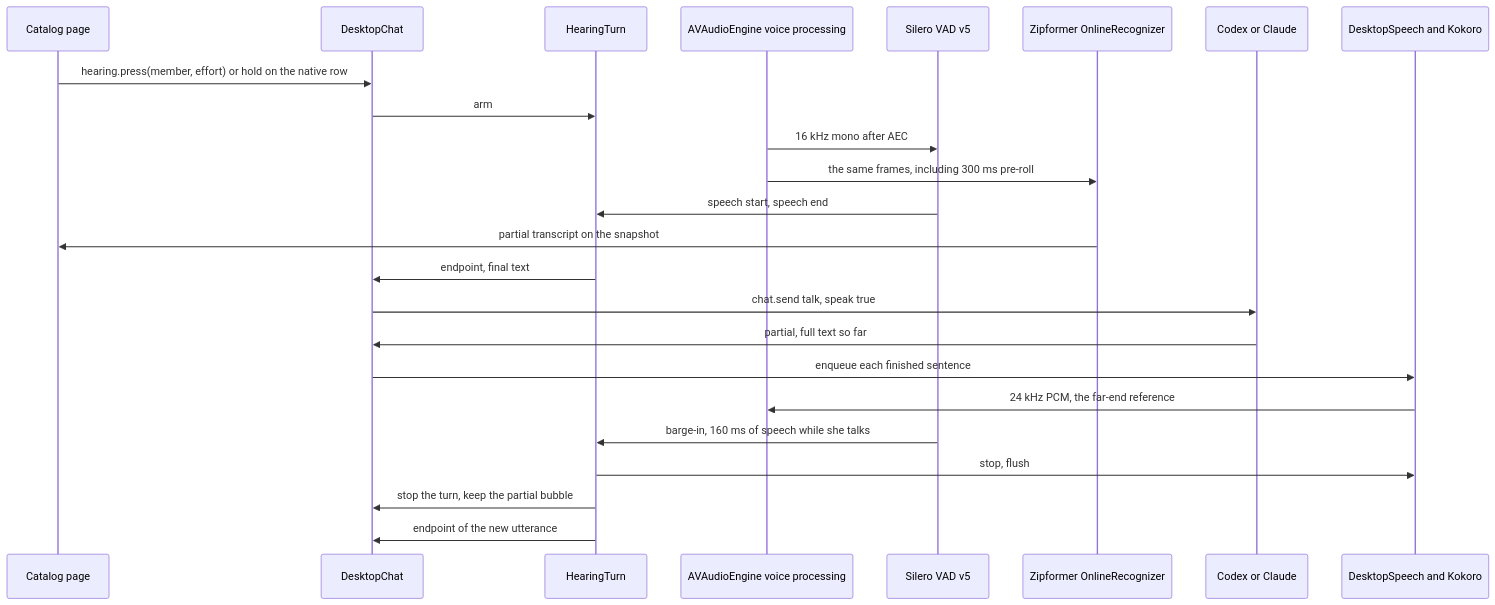
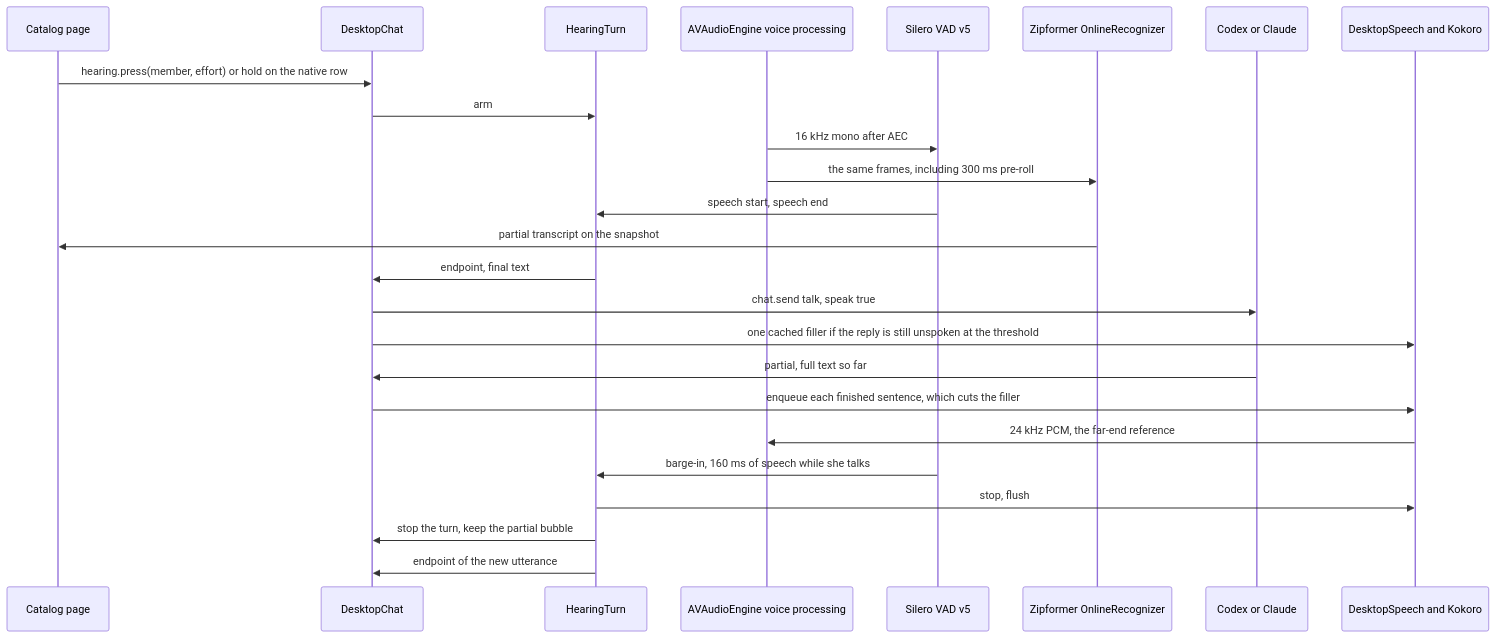
The diagram in docs/voice-conversation-plan.md (Timwestberg/gamero), drawn with Mermaid before and after one commit. The commit also changed other lines of this file, not shown here.

````diff
--- a/docs/voice-conversation-plan.md
+++ b/docs/voice-conversation-plan.md
@@ -80,27 +80,28 @@
 ```mermaid
 sequenceDiagram
     participant Page as Catalog page
     participant Chat as DesktopChat
     participant Hear as HearingTurn
     participant Graph as AVAudioEngine voice processing
     participant VAD as Silero VAD v5
     participant ASR as Zipformer OnlineRecognizer
     participant Prov as Codex or Claude
     participant TTS as DesktopSpeech and Kokoro
 
     Page->>Chat: hearing.press(member, effort) or hold on the native row
     Chat->>Hear: arm
     Graph->>VAD: 16 kHz mono after AEC
     Graph->>ASR: the same frames, including 300 ms pre-roll
     VAD->>Hear: speech start, speech end
     ASR->>Page: partial transcript on the snapshot
     Hear->>Chat: endpoint, final text
     Chat->>Prov: chat.send talk, speak true
+    Chat->>TTS: one cached filler if the reply is still unspoken at the threshold
     Prov->>Chat: partial, full text so far
-    Chat->>TTS: enqueue each finished sentence
+    Chat->>TTS: enqueue each finished sentence, which cuts the filler
     TTS->>Graph: 24 kHz PCM, the far-end reference
     VAD->>Hear: barge-in, 160 ms of speech while she talks
     Hear->>TTS: stop, flush
     Hear->>Chat: stop the turn, keep the partial bubble
     Hear->>Chat: endpoint of the new utterance
 ```
````
